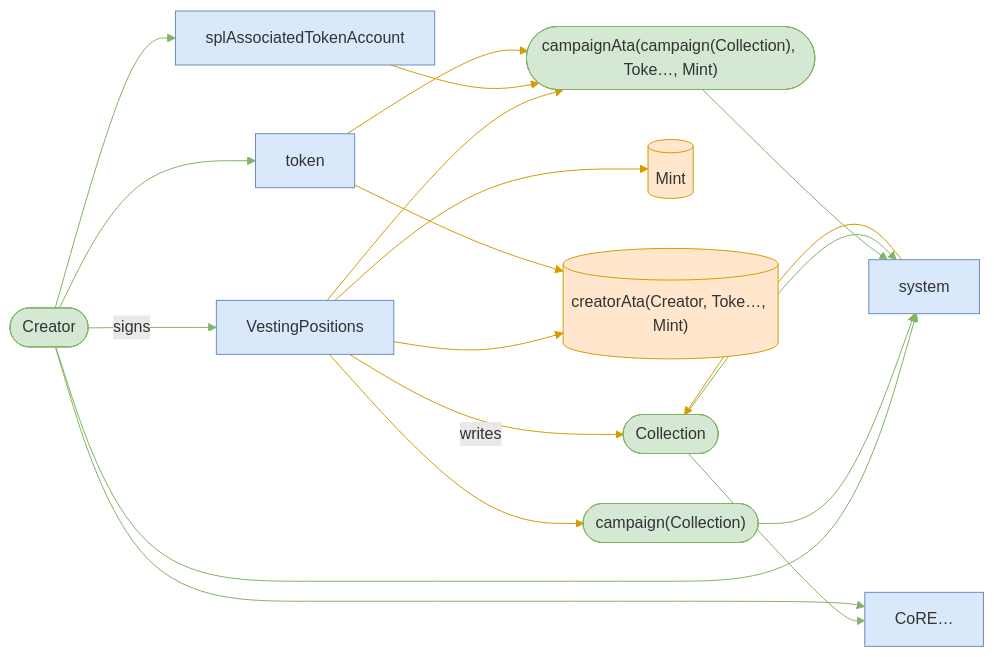
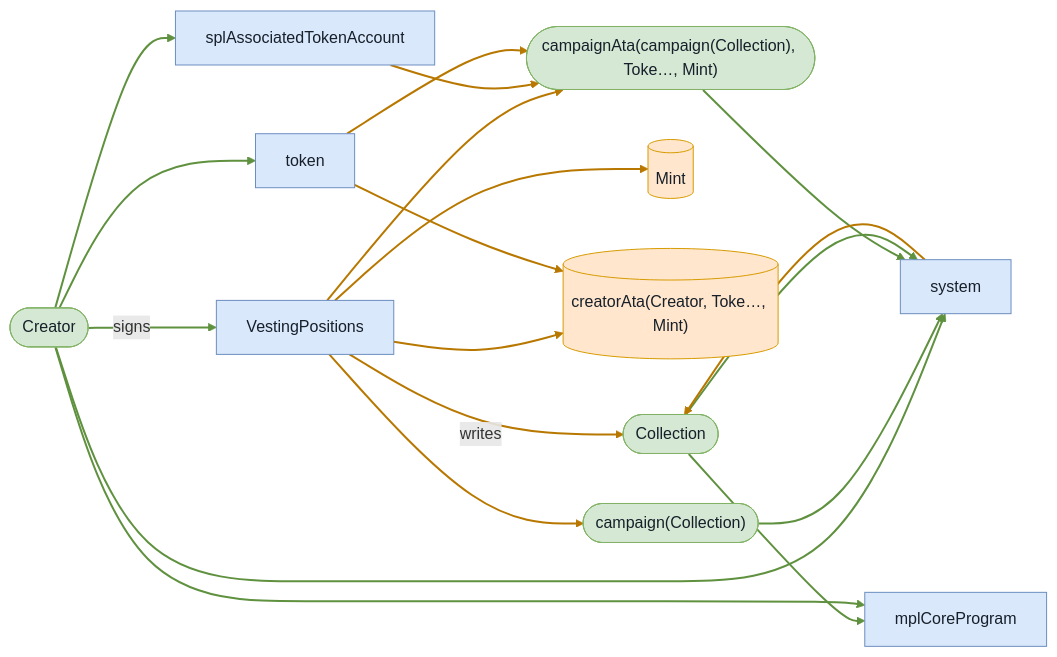
One commit to cds-turbin3/vesting-position changed the second of 6 diagrams in babelfish-tests/test-report/clawback_unclaimed_before_grace_fails.md. Above: the diagram before and after it, drawn with Mermaid. The commit also changed other lines of this file and 106 other files, not shown here.

````diff
--- a/babelfish-tests/test-report/clawback_unclaimed_before_grace_fails.md
+++ b/babelfish-tests/test-report/clawback_unclaimed_before_grace_fails.md
@@ -108,37 +107,37 @@
 ```mermaid
 flowchart LR
     VestingPositions["VestingPositions"]:::program
     Creator(["Creator"]):::signer
     Collection(["Collection"]):::signer
     Mint[("Mint")]:::state
     creatorAtaCreatorTokeMint[("creatorAta(Creator, Toke…, Mint)")]:::state
     campaignCollection(["campaign(Collection)"]):::signer
     campaignAtacampaignCollectionTokeMint(["campaignAta(campaign(Collection), Toke…, Mint)"]):::signer
     system["system"]:::program
     splAssociatedTokenAccount["splAssociatedTokenAccount"]:::program
     token["token"]:::program
-    CoRE["CoRE…"]:::program
+    mplCoreProgram["mplCoreProgram"]:::program
     Creator -->|signs| VestingPositions
     VestingPositions -->|writes| Collection
     VestingPositions --> Mint
     VestingPositions --> creatorAtaCreatorTokeMint
     VestingPositions --> campaignCollection
     VestingPositions --> campaignAtacampaignCollectionTokeMint
     Creator --> system
     campaignCollection --> system
     Creator --> splAssociatedTokenAccount
     splAssociatedTokenAccount --> campaignAtacampaignCollectionTokeMint
     campaignAtacampaignCollectionTokeMint --> system
     token --> campaignAtacampaignCollectionTokeMint
-    Collection --> CoRE
-    Creator --> CoRE
+    Collection --> mplCoreProgram
+    Creator --> mplCoreProgram
     Collection --> system
     system --> Collection
     token --> creatorAtaCreatorTokeMint
     Creator --> token
-    classDef program fill:#dae8fc,stroke:#6c8ebf;
-    classDef signer fill:#d5e8d4,stroke:#82b366;
-    classDef state fill:#ffe6cc,stroke:#d79b00;
-    linkStyle 0,6,7,8,10,12,13,14,17 stroke:#82b366
-    linkStyle 1,2,3,4,5,9,11,15,16 stroke:#d79b00
+    classDef program fill:#dae8fc,stroke:#6c8ebf,color:#17202a;
+    classDef signer fill:#d5e8d4,stroke:#82b366,color:#17202a;
+    classDef state fill:#ffe6cc,stroke:#d79b00,color:#17202a;
+    linkStyle 0,6,7,8,10,12,13,14,17 stroke:#5f913f,stroke-width:2px
+    linkStyle 1,2,3,4,5,9,11,15,16 stroke:#b87800,stroke-width:2px
 ```
````
